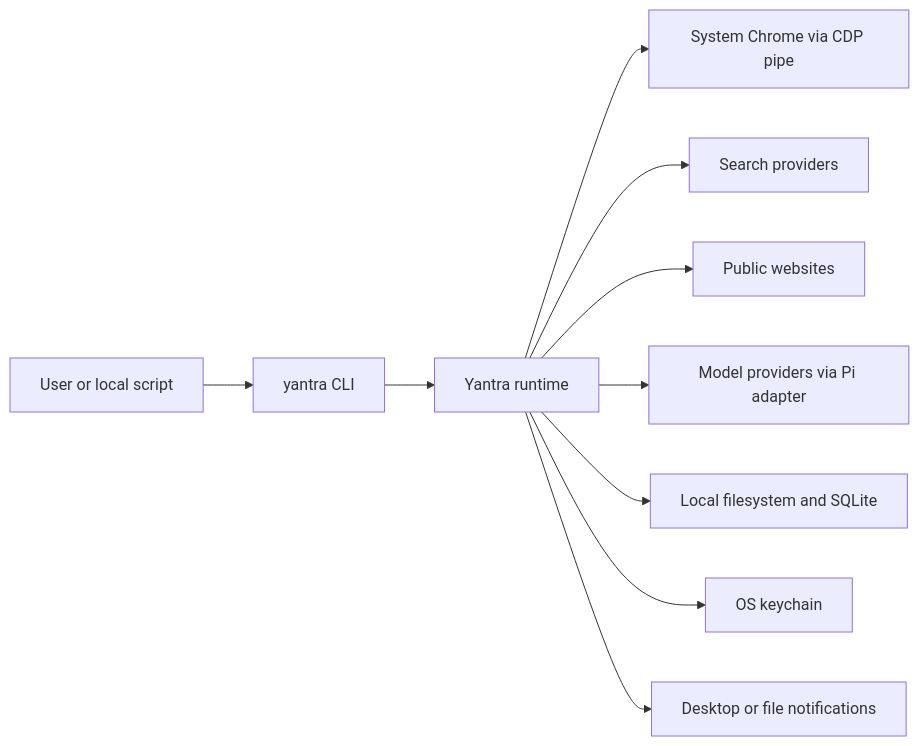
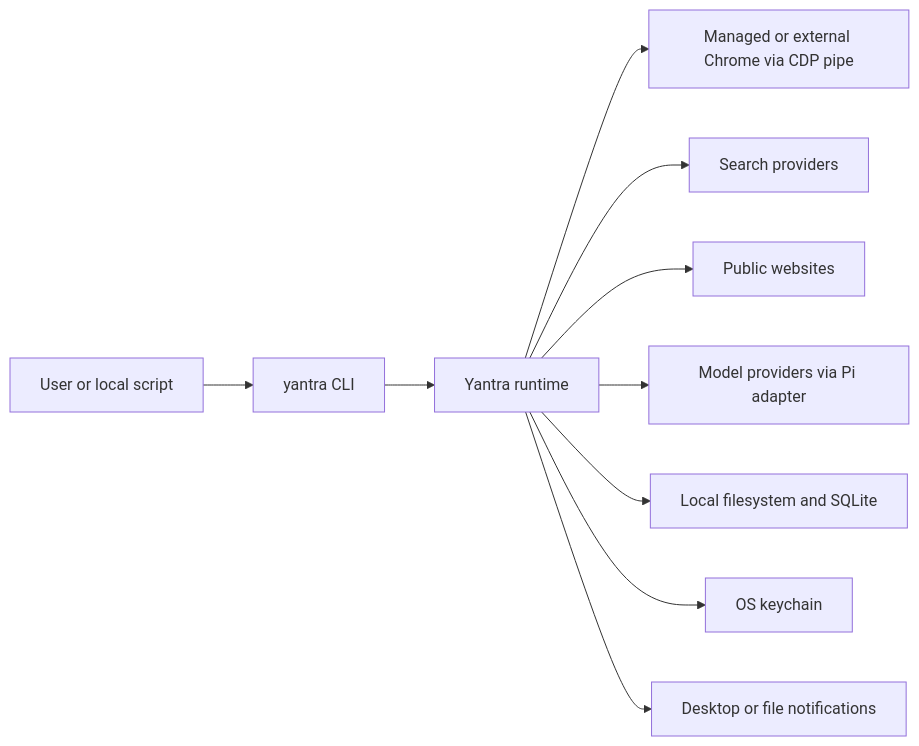
Before and after one commit to abranjith/yantra: the first of 17 diagrams in docs/architecture.md, drawn with Mermaid. The commit also changed other lines of this file and 52 other files, not shown here.

````diff
--- a/docs/architecture.md
+++ b/docs/architecture.md
@@ -33,12 +35,12 @@
 ```mermaid
 flowchart LR
   User[User or local script] --> CLI[yantra CLI]
   CLI --> Runtime[Yantra runtime]
-  Runtime --> Chrome[System Chrome via CDP pipe]
+  Runtime --> Chrome[Managed or external Chrome via CDP pipe]
   Runtime --> Search[Search providers]
   Runtime --> Web[Public websites]
   Runtime --> Models[Model providers via Pi adapter]
   Runtime --> Local[Local filesystem and SQLite]
   Runtime --> Keychain[OS keychain]
   Runtime --> Notify[Desktop or file notifications]
 ```
````
